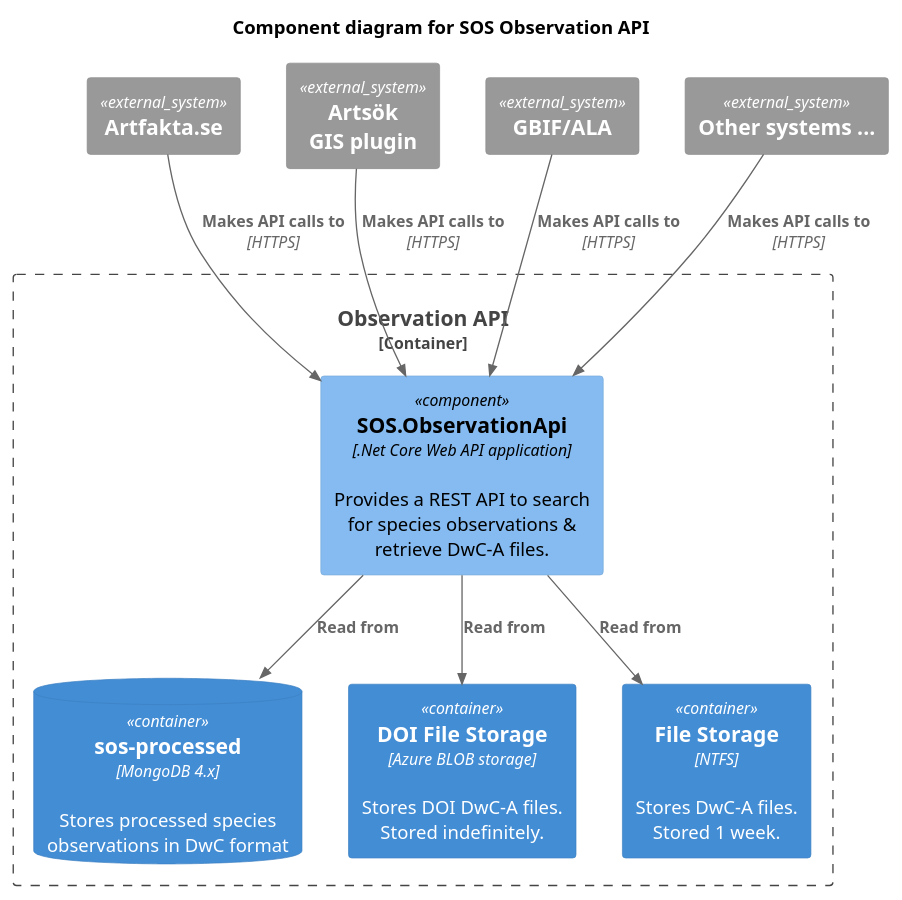
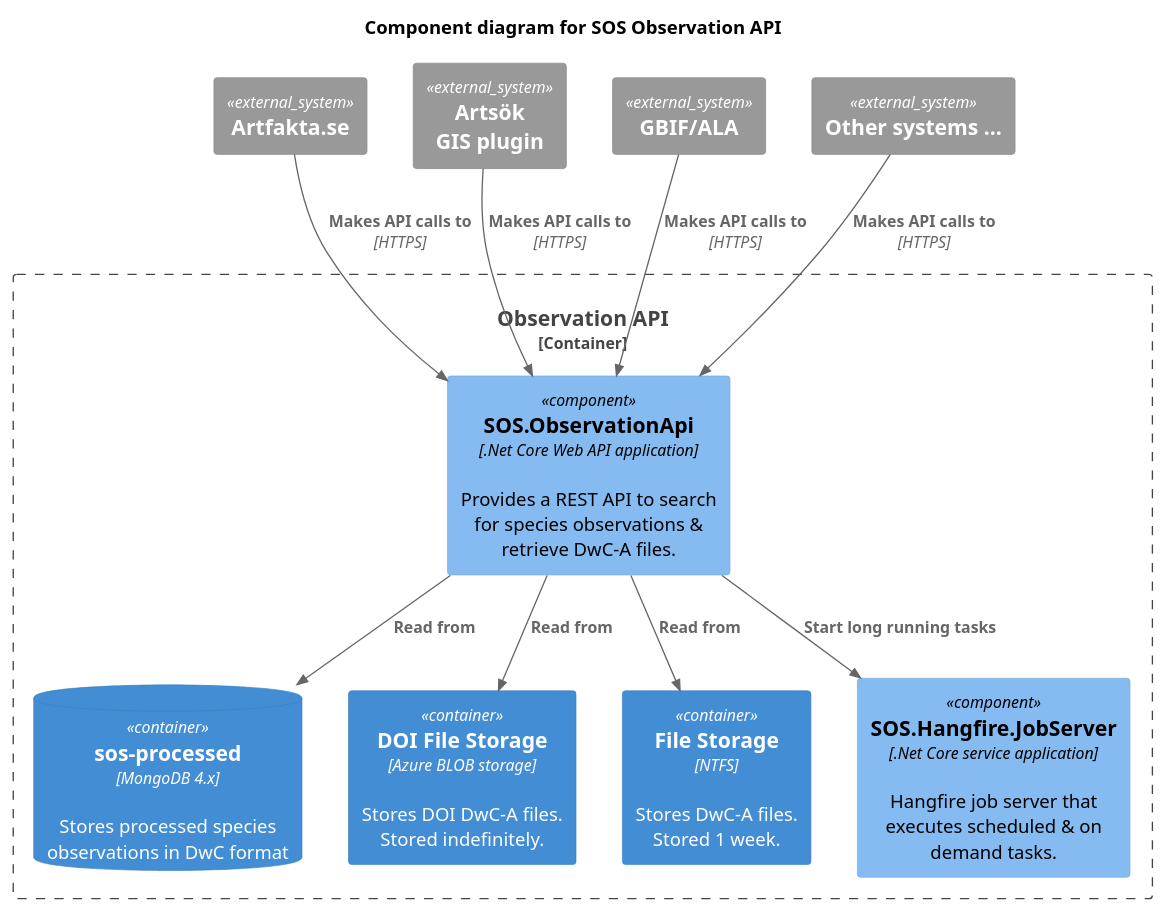
Before and after one commit to biodiversitydata-se/SOS: the diagram in Documentation/Diagrams/Observation API Component Diagram.puml, drawn with PlantUML. The commit also changed 4 other files, not shown here.

Commit message:
Updated some diagrams.

```diff
--- a/Documentation/Diagrams/Observation API Component Diagram.puml
+++ b/Documentation/Diagrams/Observation API Component Diagram.puml
@@ -1,27 +1,33 @@
 @startuml
 !includeurl https://raw.githubusercontent.com/RicardoNiepel/C4-PlantUML/master/C4_Component.puml
 title Component diagram for SOS Observation API
 
 ' Users
 System_Ext(artfakta, "Artfakta.se")
 System_Ext(artsok, "Artsök\nGIS plugin")
 System_Ext(gbif_ala, "GBIF/ALA")
 System_Ext(other_users, "Other systems ...")
 
 Container_Boundary(api, "Observation API") {
     Component(observation_api, "SOS.ObservationApi", ".Net Core Web API application", "Provides a REST API to search for species observations & retrieve DwC-A files.")        
     ContainerDb(mongodb_sos_processed, "sos-processed", "MongoDB 4.x", "Stores processed species observations in DwC format")    
     Container(doi_file_storage, "DOI File Storage", "Azure BLOB storage", "Stores DOI DwC-A files.\nStored indefinitely.")
     Container(file_storage, "File Storage", "NTFS", "Stores DwC-A files.\nStored 1 week.")
-    
+    Component(job_server, "SOS.Hangfire.JobServer", ".Net Core service application", "Hangfire job server that executes scheduled & on demand tasks.")
+
     Rel(observation_api, mongodb_sos_processed, "Read from")
     Rel(observation_api, doi_file_storage, "Read from")
     Rel(observation_api, file_storage, "Read from")
+    Rel(observation_api, job_server, "Start long running tasks")
+
+    'Rel_U(job_server, mongodb_sos_processed, "Reads from")
+    'Rel_U(job_server, doi_file_storage, "Reads from")
+    'Rel_U(job_server, file_storage, "Reads & writes to")
 }
 
 ' Relations
 Rel(artfakta, observation_api, "Makes API calls to", "HTTPS")
 Rel(artsok, observation_api, "Makes API calls to", "HTTPS")
 Rel(gbif_ala, observation_api, "Makes API calls to", "HTTPS")
 Rel(other_users, observation_api, "Makes API calls to", "HTTPS")
 @enduml
```
